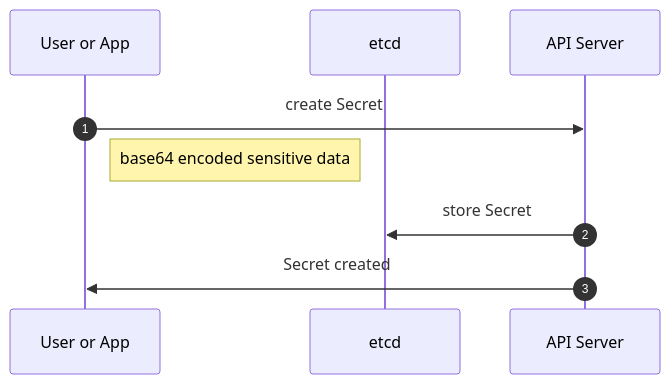
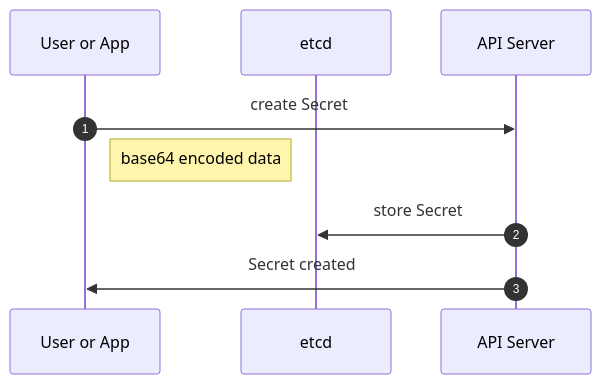
The first of 2 diagrams in ch01/example02/readme.md (PacktPublishing/Kubernetes-Secrets-Handbook), drawn with Mermaid before and after one commit. The commit also changed other lines of this file, not shown here.

````diff
--- a/ch01/example02/readme.md
+++ b/ch01/example02/readme.md
@@ -48,11 +48,11 @@
 ```mermaid
 sequenceDiagram
 participant User or App
 participant etcd
 participant API Server
 autonumber
   User or App->>API Server: create Secret
-  Note right of User or App: base64 encoded sensitive data
+  Note right of User or App: base64 encoded data
   API Server->>etcd: store Secret
   API Server->>User or App: Secret created
 ```
````
